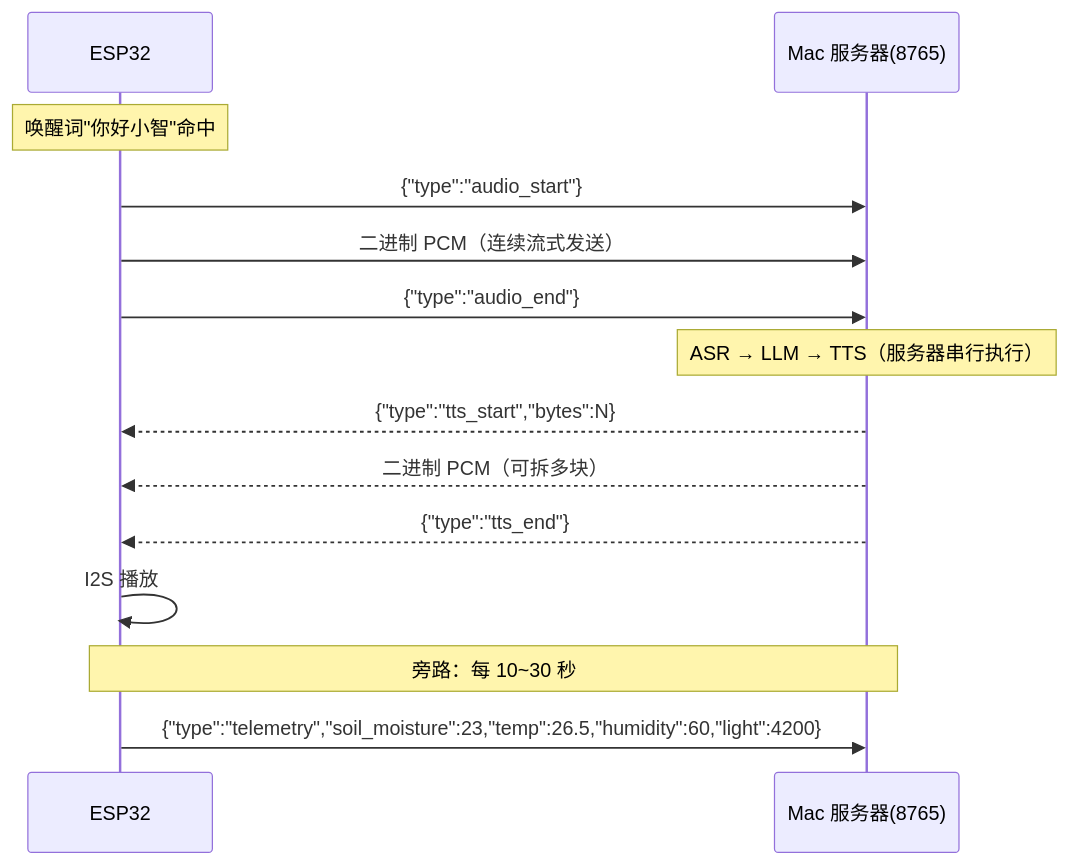
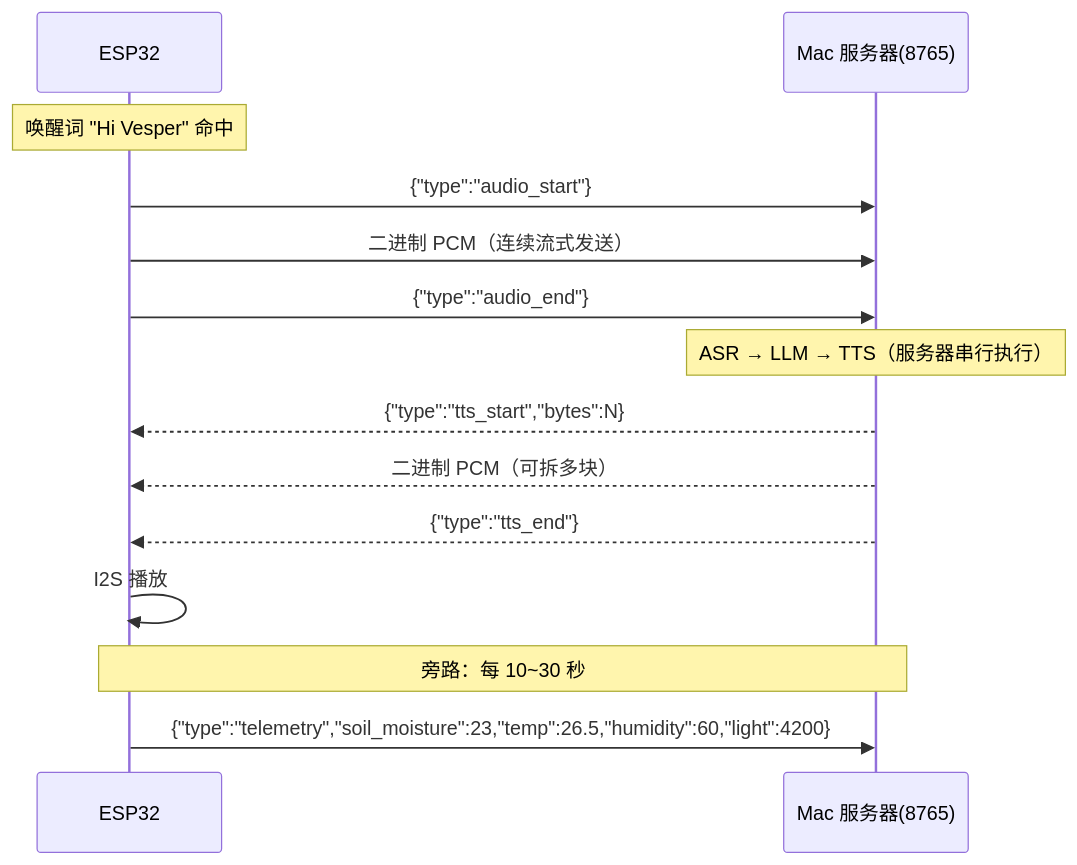
The first of 2 diagrams in ESP32_README.md (Hongzhen-Liang/Viora), drawn with Mermaid before and after one commit. The commit also changed other lines of this file and 18 other files, not shown here.

````diff
--- a/ESP32_README.md
+++ b/ESP32_README.md
@@ -17,18 +17,18 @@
 ```mermaid
 sequenceDiagram
     participant E as ESP32
     participant S as Mac 服务器(8765)
 
-    Note over E: 唤醒词"你好小智"命中
+    Note over E: 唤醒词 "Hi Vesper" 命中
     E->>S: {"type":"audio_start"}
     E->>S: 二进制 PCM（连续流式发送）
     E->>S: {"type":"audio_end"}
     Note over S: ASR → LLM → TTS（服务器串行执行）
     S-->>E: {"type":"tts_start","bytes":N}
     S-->>E: 二进制 PCM（可拆多块）
     S-->>E: {"type":"tts_end"}
     E->>E: I2S 播放
 
     Note over E,S: 旁路：每 10~30 秒
     E->>S: {"type":"telemetry","soil_moisture":23,"temp":26.5,"humidity":60,"light":4200}
 ```
````
